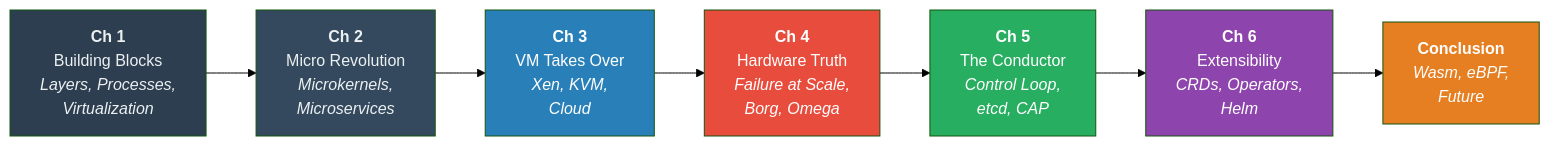
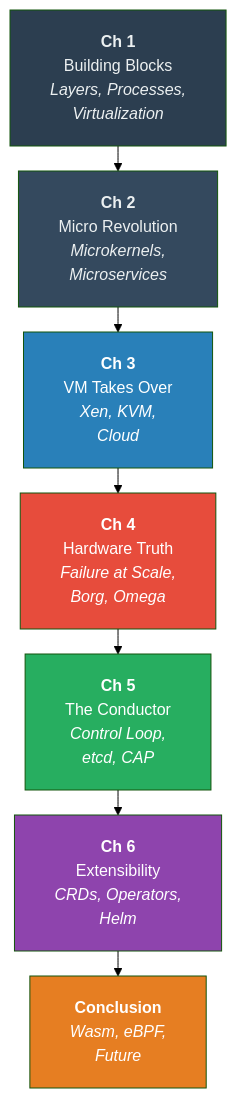
One commit to Alnour/kube_book changed the diagram in Summary.md. Above: the diagram before and after it, drawn with Mermaid (forest theme). The commit also changed 7 other files, not shown here.

First line of the commit message:
Fix Mermaid diagram sizing, layout, and label rendering

````diff
--- a/Summary.md
+++ b/Summary.md
@@ -19,20 +19,21 @@
 ```mermaid
-graph LR
-    Ch1["<b>Ch 1</b>\nBuilding Blocks\n<i>Layers, Processes,\nVirtualization</i>"]
-    Ch2["<b>Ch 2</b>\nMicro Revolution\n<i>Microkernels,\nMicroservices</i>"]
-    Ch3["<b>Ch 3</b>\nVM Takes Over\n<i>Xen, KVM,\nCloud</i>"]
-    Ch4["<b>Ch 4</b>\nHardware Truth\n<i>Failure at Scale,\nBorg, Omega</i>"]
-    Ch5["<b>Ch 5</b>\nThe Conductor\n<i>Control Loop,\netcd, CAP</i>"]
-    Ch6["<b>Ch 6</b>\nExtensibility\n<i>CRDs, Operators,\nHelm</i>"]
-    Conc["<b>Conclusion</b>\n<i>Wasm, eBPF,\nFuture</i>"]
+%%{init: {'flowchart': {'nodeSpacing': 10, 'rankSpacing': 25, 'padding': 20, 'subGraphTitleMargin': {'top': 10, 'bottom': 5}}}}%%
+graph TB
+    Ch1["<b>Ch 1</b><br/>Building Blocks<br/><i>Layers, Processes,<br/>Virtualization</i>"]
+    Ch2["<b>Ch 2</b><br/>Micro Revolution<br/><i>Microkernels,<br/>Microservices</i>"]
+    Ch3["<b>Ch 3</b><br/>VM Takes Over<br/><i>Xen, KVM,<br/>Cloud</i>"]
+    Ch4["<b>Ch 4</b><br/>Hardware Truth<br/><i>Failure at Scale,<br/>Borg, Omega</i>"]
+    Ch5["<b>Ch 5</b><br/>The Conductor<br/><i>Control Loop,<br/>etcd, CAP</i>"]
+    Ch6["<b>Ch 6</b><br/>Extensibility<br/><i>CRDs, Operators,<br/>Helm</i>"]
+    Conc["<b>Conclusion</b><br/><i>Wasm, eBPF,<br/>Future</i>"]
 
     Ch1 --> Ch2 --> Ch3 --> Ch4 --> Ch5 --> Ch6 --> Conc
 
     style Ch1 fill:#2c3e50,color:#ecf0f1
     style Ch2 fill:#34495e,color:#ecf0f1
     style Ch3 fill:#2980b9,color:#fff
     style Ch4 fill:#e74c3c,color:#fff
     style Ch5 fill:#27ae60,color:#fff
     style Ch6 fill:#8e44ad,color:#fff
     style Conc fill:#e67e22,color:#fff
 ```
````
